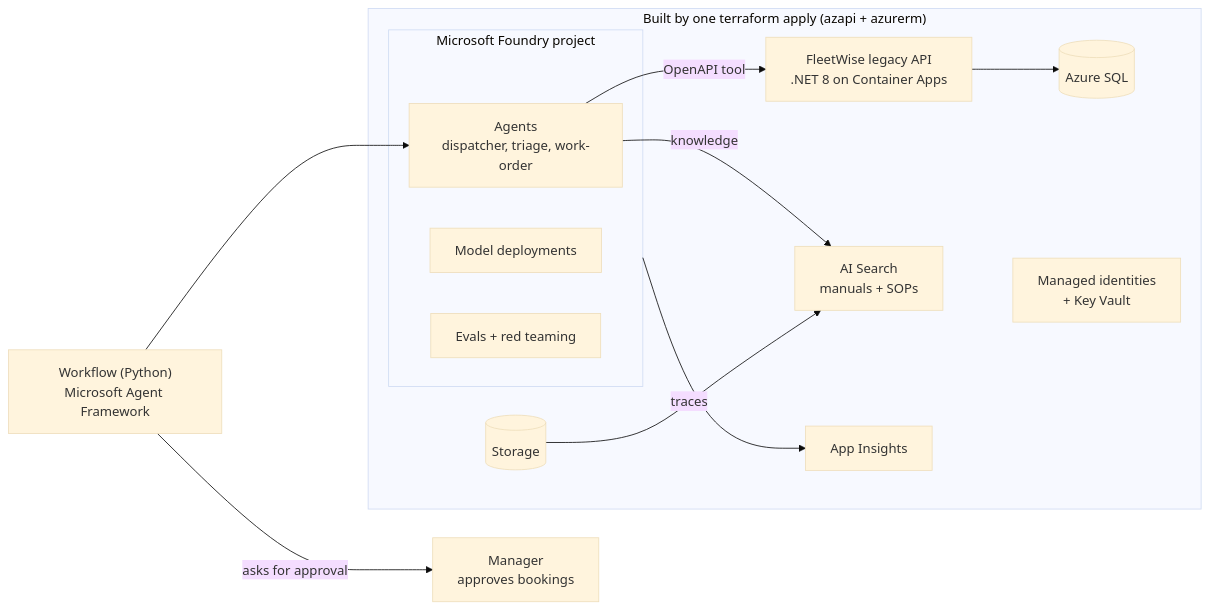
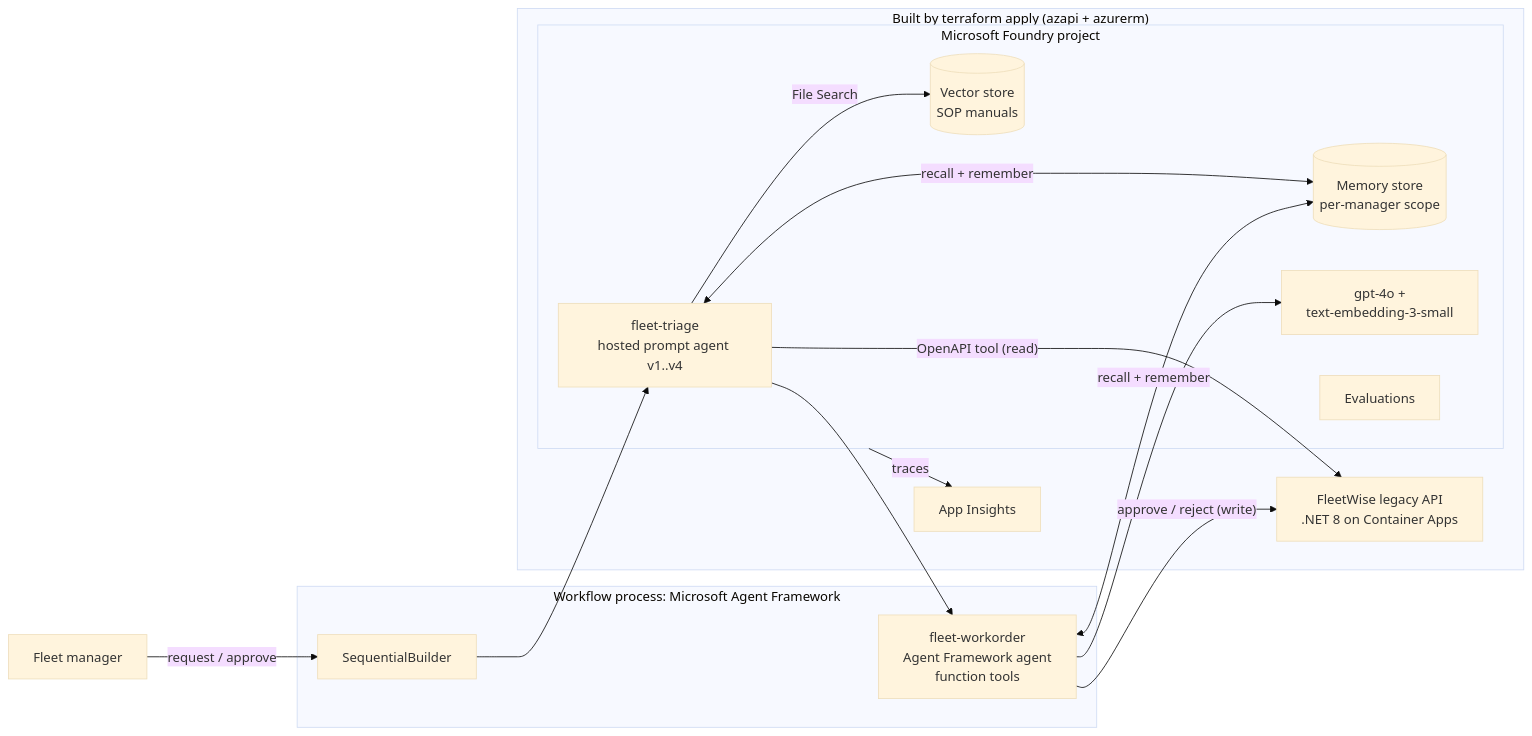
Before and after one commit to hkaanturgut/foundry-fleetwise-agents: the first of 3 diagrams in README.md, drawn with Mermaid (base theme). The commit also changed other lines of this file and 13 other files, not shown here.

First line of the commit message:
Agent Framework workflow with Foundry memory, HITL tools, and a two-layer eval gate

````diff
--- a/README.md
+++ b/README.md
@@ -23,24 +37,27 @@
 ```mermaid
 flowchart LR
-    M["Manager<br/>approves bookings"]
-    W["Workflow (Python)<br/>Microsoft Agent Framework"]
-    subgraph TF["Built by one terraform apply (azapi + azurerm)"]
+    Mgr["Fleet manager"]
+    subgraph Proc["Workflow process: Microsoft Agent Framework"]
+        SEQ["SequentialBuilder"]
+        WO["fleet-workorder<br/>Agent Framework agent<br/>function tools"]
+    end
+    subgraph TF["Built by terraform apply (azapi + azurerm)"]
         subgraph F["Microsoft Foundry project"]
-            A["Agents<br/>dispatcher, triage, work-order"]
-            MD["Model deployments"]
-            EV["Evals + red teaming"]
+            TRI["fleet-triage<br/>hosted prompt agent v1..v4"]
+            MEM[("Memory store<br/>per-manager scope")]
+            VS[("Vector store<br/>SOP manuals")]
+            MD["gpt-4o +<br/>text-embedding-3-small"]
+            EV["Evaluations"]
         end
         API["FleetWise legacy API<br/>.NET 8 on Container Apps"]
-        SQL[("Azure SQL")]
-        S["AI Search<br/>manuals + SOPs"]
-        ST[("Storage")]
         AI["App Insights"]
-        ID["Managed identities<br/>+ Key Vault"]
     end
-    W -- "asks for approval" --> M
-    W --> A
-    A -- "OpenAPI tool" --> API --> SQL
-    A -- "knowledge" --> S
-    ST --> S
+    Mgr -- "request / approve" --> SEQ
+    SEQ --> TRI --> WO
+    TRI -- "OpenAPI tool (read)" --> API
+    TRI -- "File Search" --> VS
+    WO -- "approve / reject (write)" --> API
+    TRI & WO <-- "recall + remember" --> MEM
+    WO --> MD
     F -- traces --> AI
 ```
````
